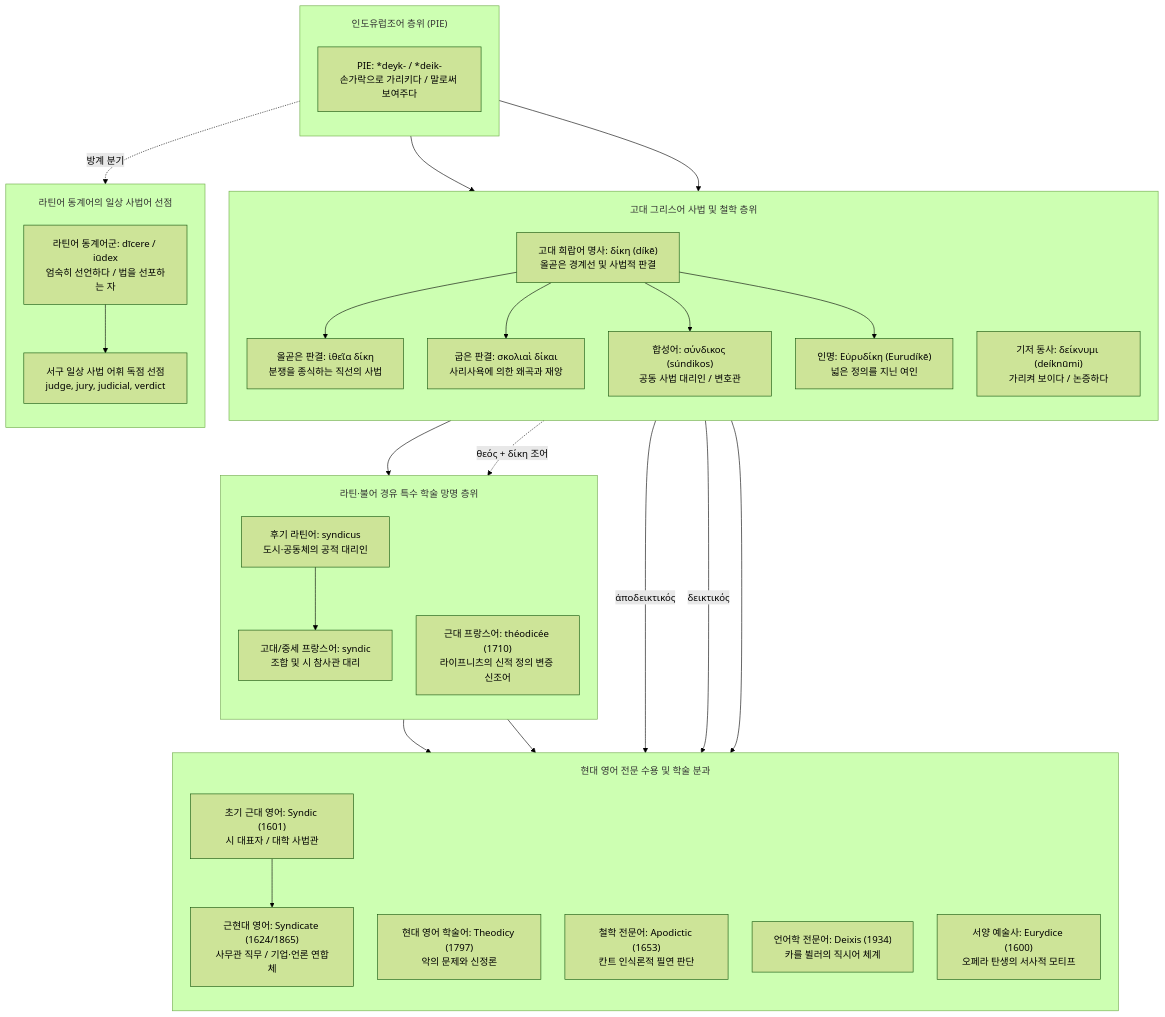
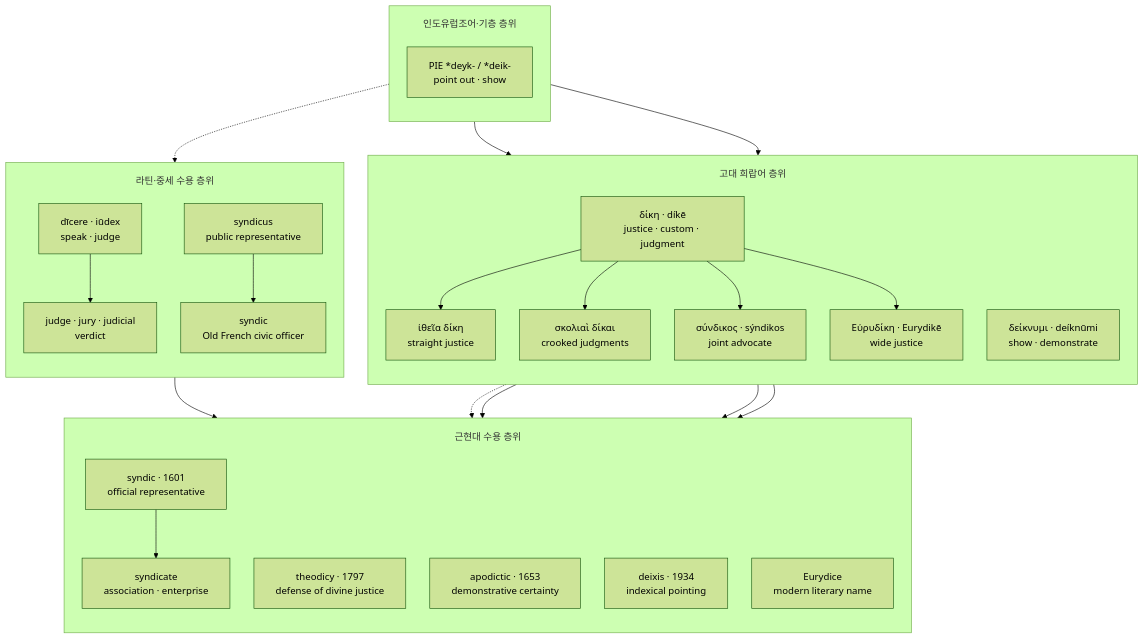
The diagram in words/word-dike.md (YgHnSIM/Homer_wiki), drawn with Mermaid (forest theme) before and after one commit.

Commit message:
refactor(word-dike): Type C etymology Mermaid

````diff
--- a/words/word-dike.md
+++ b/words/word-dike.md
@@ -44,64 +44,47 @@
 ```mermaid
 %%{init: {'flowchart': {'useMaxWidth': true, 'nodeSpacing': 40, 'rankSpacing': 56, 'padding': 18, 'subGraphTitleMargin': {'top': 18, 'bottom': 10}}}}%%
 flowchart TD
-    subgraph PIE_Stage ["인도유럽조어 층위 (PIE)"]
+    subgraph PIE_Stage ["인도유럽조어·기층 층위"]
         direction TB
-        PIE_ROOT["PIE: *deyk- / *deik-<br/>손가락으로 가리키다 / 말로써 보여주다"]
+        PIE_ROOT["PIE *deyk- / *deik-<br/>point out · show"]:::substrate
     end
-
-    subgraph Greek_Stage ["고대 그리스어 사법 및 철학 층위"]
+    subgraph Greek_Stage ["고대 희랍어 층위"]
         direction TB
-        GRK_DIKE["고대 희랍어 명사: δίκη (díkē)<br/>올곧은 경계선 및 사법적 판결"]:::focus
-        GRK_VERB["기저 동사: δείκνυμι (deíknūmi)<br/>가리켜 보이다 / 논증하다"]
-        ITHEIA["올곧은 판결: ἰθεῖα δίκη<br/>분쟁을 종식하는 직선의 사법"]:::resolve
-        SKOLIA["굽은 판결: σκολιαὶ δίκαι<br/>사리사욕에 의한 왜곡과 재앙"]:::crisis
-        GRK_SYNDIC["합성어: σύνδικος (súndikos)<br/>공동 사법 대리인 / 변호관"]
-        GRK_EURYDICE["인명: Εὐρυδίκη (Eurudíkē)<br/>넓은 정의를 지닌 여인"]
+        DIKE["δίκη · díkē<br/>justice · custom · judgment"]:::focus
+        DEIKNUMI["δείκνυμι · deíknūmi<br/>show · demonstrate"]:::greek
+        ITHEIA["ἰθεῖα δίκη<br/>straight justice"]:::resolve
+        SKOLIA["σκολιαὶ δίκαι<br/>crooked judgments"]:::crisis
+        SYNDIKOS["σύνδικος · sýndikos<br/>joint advocate"]:::greek
+        EURYDICE["Εὐρυδίκη · Eurydikē<br/>wide justice"]:::greek
+        DIKE --> ITHEIA
+        DIKE --> SKOLIA
+        DIKE --> SYNDIKOS
+        DIKE --> EURYDICE
     end
-
-    subgraph Preemption_Stage ["라틴어 동계어의 일상 사법어 선점"]
+    subgraph Latin_Stage ["라틴·중세 수용 층위"]
         direction TB
-        LAT_COGNATE["라틴어 동계어군: dīcere / iūdex<br/>엄숙히 선언하다 / 법을 선포하는 자"]
-        LAT_LEGAL["서구 일상 사법 어휘 독점 선점<br/>judge, jury, judicial, verdict"]
-        LAT_COGNATE --> LAT_LEGAL
+        COGNATE["dīcere · iūdex<br/>speak · judge"]:::latin
+        LEGAL["judge · jury · judicial<br/>verdict"]:::latin
+        SYNDIC["syndicus<br/>public representative"]:::latin
+        OFR["syndic<br/>Old French civic officer"]:::latin
+        COGNATE --> LEGAL
+        SYNDIC --> OFR
     end
-
-    subgraph Trans_Stage ["라틴·불어 경유 특수 학술 망명 층위"]
+    subgraph Modern_Stage ["근현대 수용 층위"]
         direction TB
-        LAT_SYNDIC["후기 라틴어: syndicus<br/>도시·공동체의 공적 대리인"]
-        OFR_SYNDIC["고대/중세 프랑스어: syndic<br/>조합 및 시 참사관 대리"]
-        FRA_THEO["근대 프랑스어: théodicée (1710)<br/>라이프니츠의 신적 정의 변증 신조어"]
+        ENG_SYNDIC["syndic · 1601<br/>official representative"]:::english
+        SYNDICATE["syndicate<br/>association · enterprise"]:::english
+        THEODICY["theodicy · 1797<br/>defense of divine justice"]:::resolve
+        APODICTIC["apodictic · 1653<br/>demonstrative certainty"]:::english
+        DEIXIS["deixis · 1934<br/>indexical pointing"]:::english
+        EURY["Eurydice<br/>modern literary name"]:::english
+        OFR --> ENG_SYNDIC --> SYNDICATE
+        SYNDIKOS -.-> THEODICY
+        DEIKNUMI --> APODICTIC
+        DEIKNUMI --> DEIXIS
+        EURYDICE --> EURY
     end
-
-    subgraph Modern_Stage ["현대 영어 전문 수용 및 학술 분과"]
-        direction TB
-        ENG_SYNDIC["초기 근대 영어: Syndic (1601)<br/>시 대표자 / 대학 사법관"]
-        ENG_SYNDICATE["근현대 영어: Syndicate (1624/1865)<br/>사무관 직무 / 기업·언론 연합체"]
-        ENG_THEODICY["현대 영어 학술어: Theodicy (1797)<br/>악의 문제와 신정론"]:::resolve
-        ENG_APODICTIC["철학 전문어: Apodictic (1653)<br/>칸트 인식론적 필연 판단"]
-        ENG_DEIXIS["언어학 전문어: Deixis (1934)<br/>카를 뷜러의 직시어 체계"]
-        ENG_EURYDICE["서양 예술사: Eurydice (1600)<br/>오페라 탄생의 서사적 모티프"]
-    end
-
-    %% 어원 전파 엣지 연결
-    PIE_ROOT --> GRK_DIKE
-    PIE_ROOT --> GRK_VERB
-    PIE_ROOT -.->|방계 분기| LAT_COGNATE
-
-    GRK_DIKE --> ITHEIA
-    GRK_DIKE --> SKOLIA
-    GRK_DIKE --> GRK_SYNDIC
-    GRK_DIKE --> GRK_EURYDICE
-
-    GRK_SYNDIC --> LAT_SYNDIC
-    LAT_SYNDIC --> OFR_SYNDIC
-    OFR_SYNDIC --> ENG_SYNDIC
-    ENG_SYNDIC --> ENG_SYNDICATE
-
-    GRK_DIKE -.->|θεός + δίκη 조어| FRA_THEO
-    FRA_THEO --> ENG_THEODICY
-
-    GRK_VERB -->|ἀποδεικτικός| ENG_APODICTIC
-    GRK_VERB -->|δεικτικός| ENG_DEIXIS
-    GRK_EURYDICE --> ENG_EURYDICE
+    PIE_ROOT --> DIKE
+    PIE_ROOT --> DEIKNUMI
+    PIE_ROOT -.-> COGNATE
 ```
````
